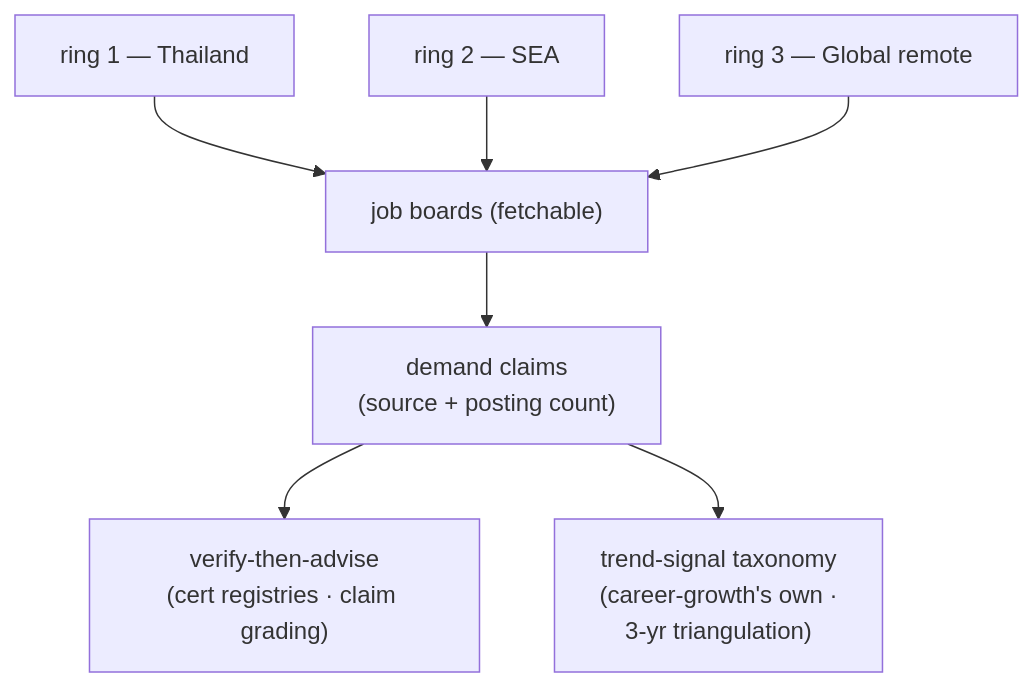
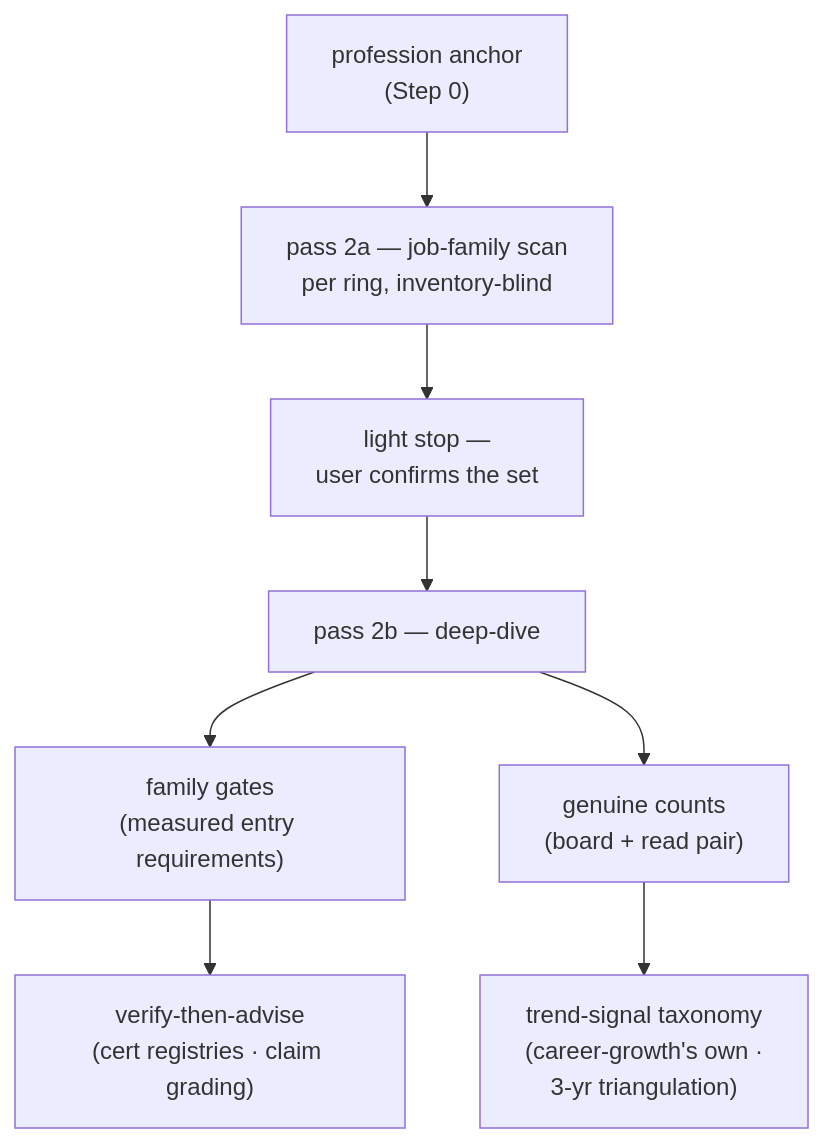
One commit to ThodsaphonSonthiphin/workflow-daily-work changed the diagram in plugins/dev-workflows/skills/career-growth/references/market-sources.md. Above: the diagram before and after it, drawn with Mermaid. The commit also changed other lines of this file, not shown here.

First line of the commit message:
feat(career-growth): market-sources carries the family-scan and genuine-count methods

````diff
--- a/plugins/dev-workflows/skills/career-growth/references/market-sources.md
+++ b/plugins/dev-workflows/skills/career-growth/references/market-sources.md
@@ -12,9 +13,10 @@
 ```mermaid
 flowchart TD
-    R1["ring 1 — Thailand"] --> B["job boards (fetchable)"]
-    R2["ring 2 — SEA"] --> B
-    R3["ring 3 — Global remote"] --> B
-    B --> DC["demand claims<br/>(source + posting count)"]
-    DC --> VTA["verify-then-advise<br/>(cert registries · claim grading)"]
-    DC --> TT["trend-signal taxonomy<br/>(career-growth's own ·<br/>3-yr triangulation)"]
+    PROF["profession anchor<br/>(Step 0)"] --> P2A["pass 2a — job-family scan<br/>per ring, inventory-blind"]
+    P2A --> STOP["light stop —<br/>user confirms the set"]
+    STOP --> P2B["pass 2b — deep-dive"]
+    P2B --> GATES["family gates<br/>(measured entry requirements)"]
+    P2B --> GC["genuine counts<br/>(board + read pair)"]
+    GATES --> VTA["verify-then-advise<br/>(cert registries · claim grading)"]
+    GC --> TT["trend-signal taxonomy<br/>(career-growth's own ·<br/>3-yr triangulation)"]
 ```
````
